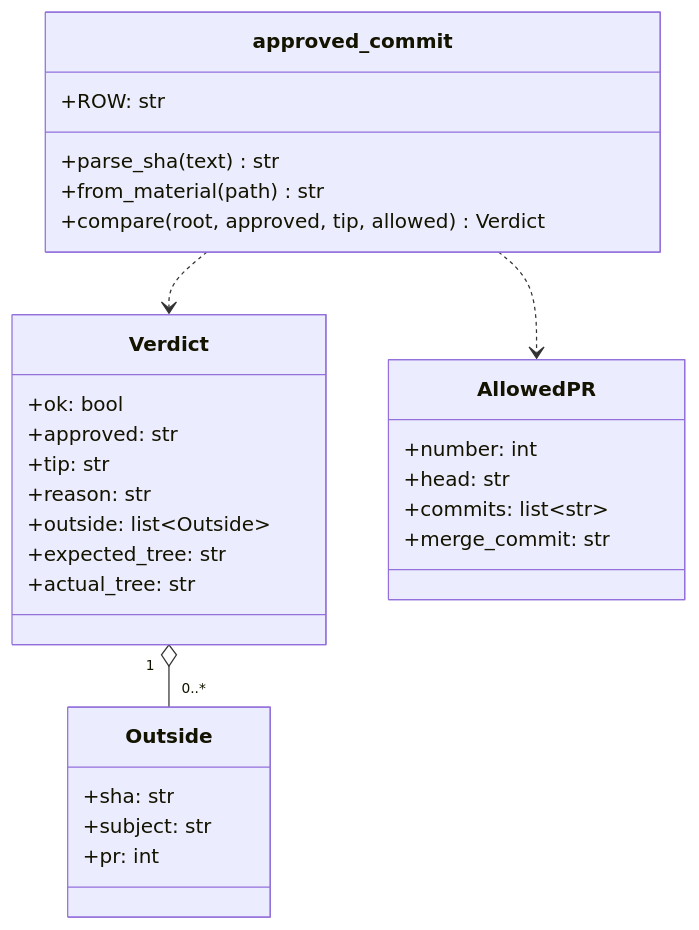
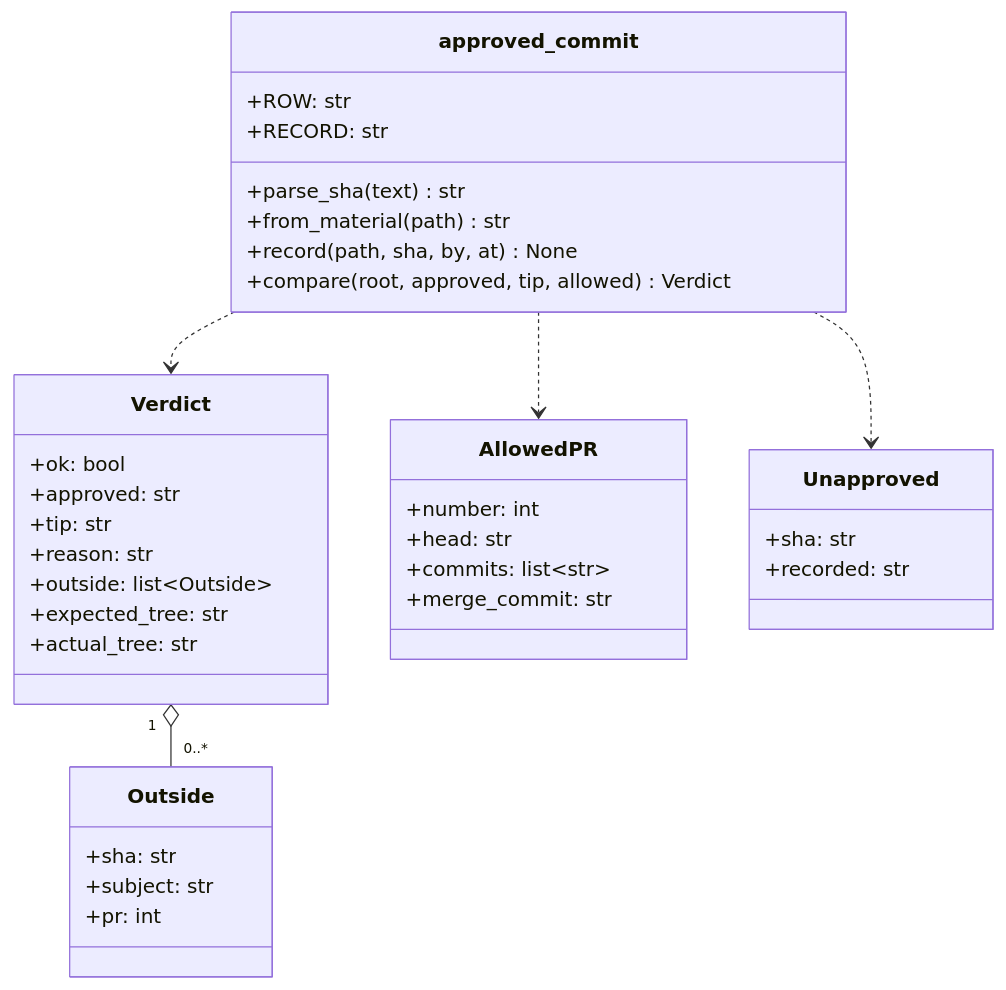
Before and after one commit to devbasex/ai-plugins: the second of 3 diagrams in issues/issue-815-design.md, drawn with Mermaid. The commit also changed other lines of this file and 2 other files, not shown here.

````diff
--- a/issues/issue-815-design.md
+++ b/issues/issue-815-design.md
@@ -150,32 +155,39 @@
 ```mermaid
 classDiagram
   class Verdict {
     +ok: bool
     +approved: str
     +tip: str
     +reason: str
     +outside: list~Outside~
     +expected_tree: str
     +actual_tree: str
   }
   class Outside {
     +sha: str
     +subject: str
     +pr: int
   }
   class AllowedPR {
     +number: int
     +head: str
     +commits: list~str~
     +merge_commit: str
   }
   Verdict "1" o-- "0..*" Outside
   class approved_commit {
     +ROW: str
+    +RECORD: str
     +parse_sha(text) str
     +from_material(path) str
+    +record(path, sha, by, at) None
     +compare(root, approved, tip, allowed) Verdict
   }
+  class Unapproved {
+    +sha: str
+    +recorded: str
+  }
+  approved_commit ..> Unapproved
   approved_commit ..> Verdict
   approved_commit ..> AllowedPR
 ```
````
